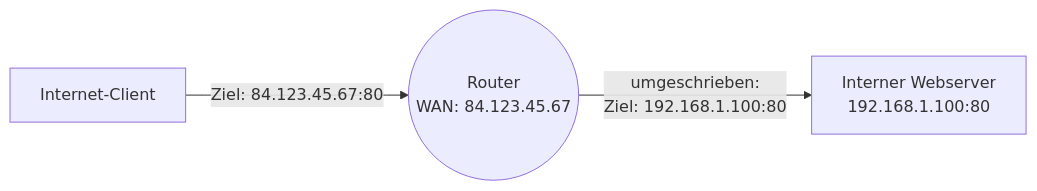
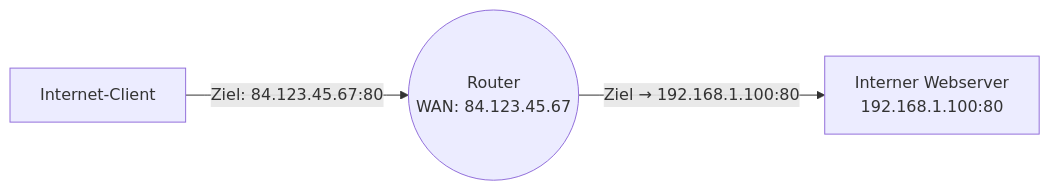
One commit to JacobMenge/kurs-unterlagen changed the fourth of 6 diagrams in docs/netzwerke/segmentierung-und-vpn.md. Above: the diagram before and after it, drawn with Mermaid. The commit also changed other lines of this file and 76 other files, not shown here.

````diff
--- a/docs/netzwerke/segmentierung-und-vpn.md
+++ b/docs/netzwerke/segmentierung-und-vpn.md
@@ -205,8 +205,8 @@
 ```mermaid
 flowchart LR
   EXT["Internet-Client"]
   R(("Router<br/>WAN: 84.123.45.67"))
   WEB["Interner Webserver<br/>192.168.1.100:80"]
   EXT -- "Ziel: 84.123.45.67:80" --> R
-  R -- "umgeschrieben:<br/>Ziel: 192.168.1.100:80" --> WEB
+  R -- "Ziel → 192.168.1.100:80" --> WEB
 ```
````
